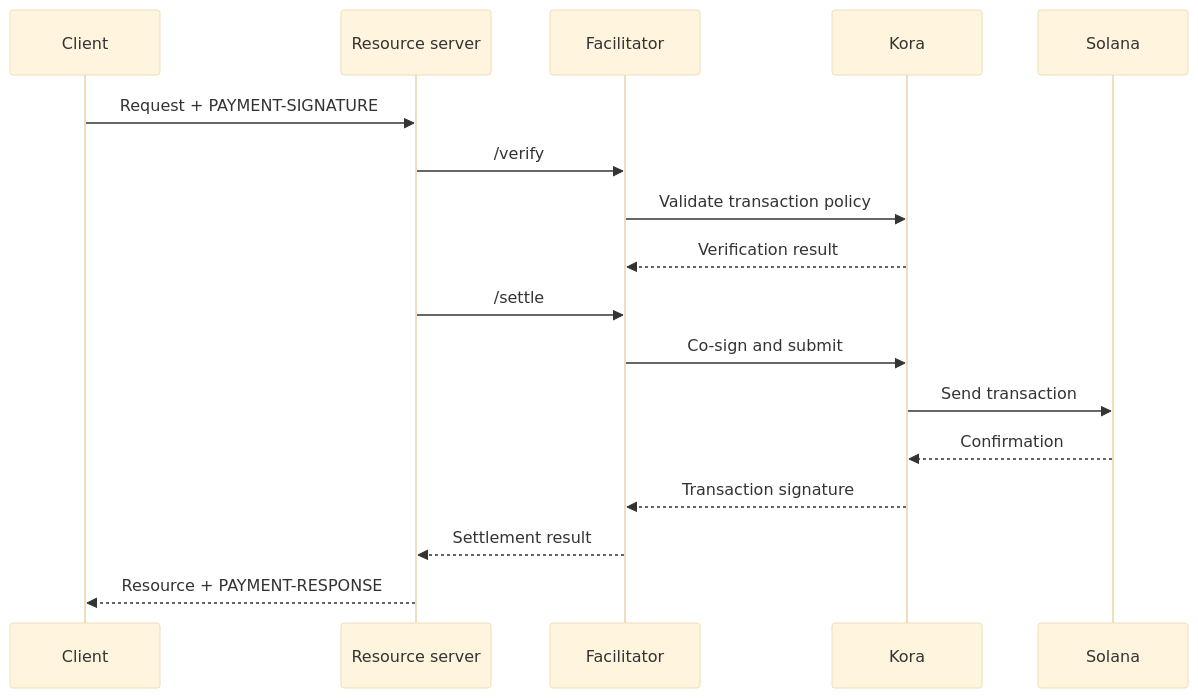
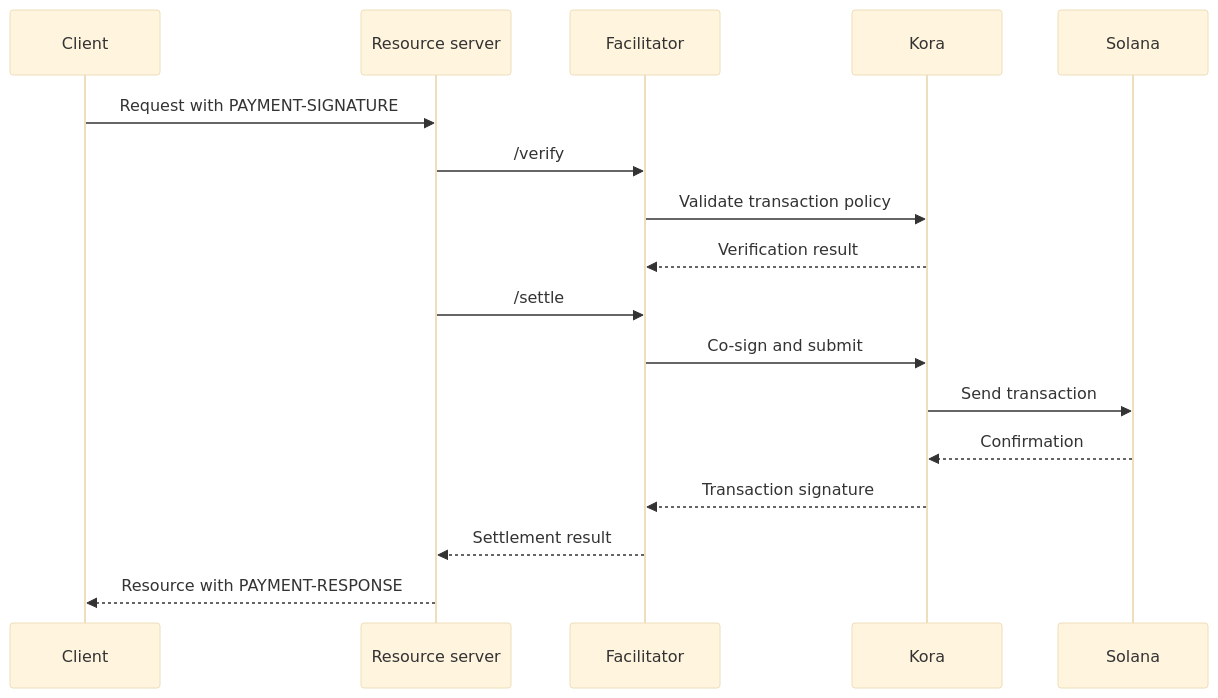
The diagram in apps/docs/docs/tools/x402-facilitator.mdx (catmcgee/solana-com), drawn with Mermaid (base theme) before and after one commit. The commit also changed other lines of this file and 798 other files, not shown here.

First line of the commit message:
docs: redesign diagrams, make demos run like real executions, reuse the real solana.com header, new Build dropdown

````diff
--- a/apps/docs/docs/tools/x402-facilitator.mdx
+++ b/apps/docs/docs/tools/x402-facilitator.mdx
@@ -79,19 +79,19 @@
 ```mermaid
 sequenceDiagram
     participant Client
     participant API as Resource server
     participant Facilitator
     participant Kora
     participant Solana
-    Client->>API: Request + PAYMENT-SIGNATURE
+    Client->>API: Request with PAYMENT-SIGNATURE
     API->>Facilitator: /verify
     Facilitator->>Kora: Validate transaction policy
     Kora-->>Facilitator: Verification result
     API->>Facilitator: /settle
     Facilitator->>Kora: Co-sign and submit
     Kora->>Solana: Send transaction
     Solana-->>Kora: Confirmation
     Kora-->>Facilitator: Transaction signature
     Facilitator-->>API: Settlement result
-    API-->>Client: Resource + PAYMENT-RESPONSE
+    API-->>Client: Resource with PAYMENT-RESPONSE
 ```
````
